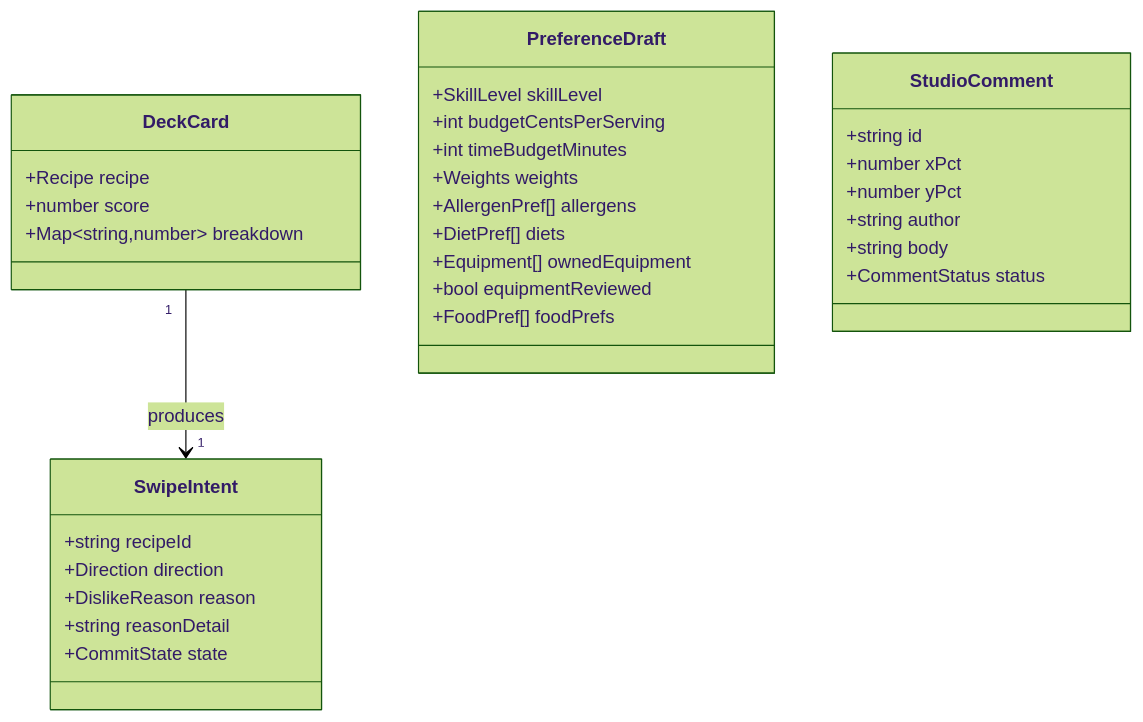
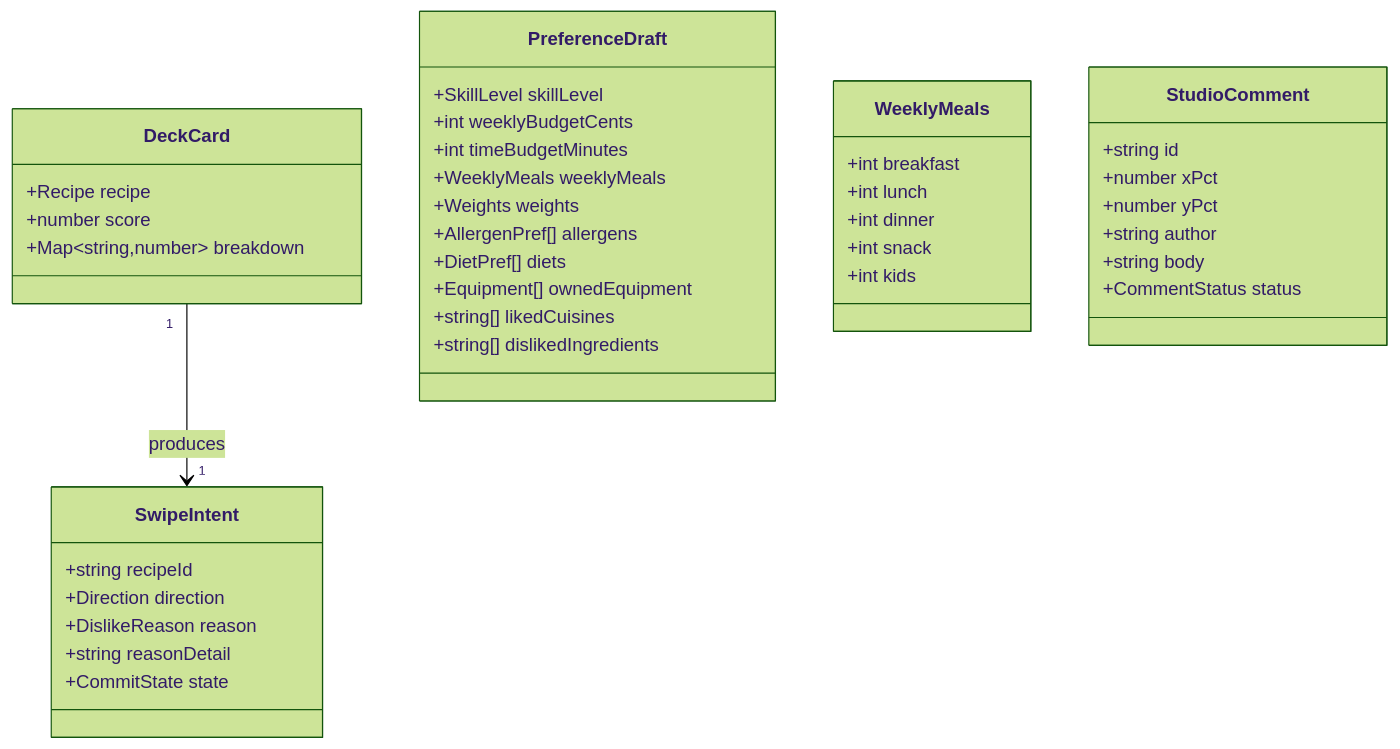
The fifth of 6 diagrams in docs/swipe-ui/DESIGN.md (jordangaston/harvest), drawn with Mermaid (forest theme) before and after one commit. The commit also changed other lines of this file and 1 other file, not shown here.

First line of the commit message:
docs(swipe-ui): sync design to the built state (Save action, weekly budget, meal counts, weights removed)

```diff
--- a/docs/swipe-ui/DESIGN.md
+++ b/docs/swipe-ui/DESIGN.md
@@ -252,35 +259,43 @@
 ~~~mermaid
 classDiagram
     class DeckCard {
         +Recipe recipe
         +number score
         +Map~string,number~ breakdown
     }
     class SwipeIntent {
         +string recipeId
         +Direction direction
         +DislikeReason reason
         +string reasonDetail
         +CommitState state
     }
     class PreferenceDraft {
         +SkillLevel skillLevel
-        +int budgetCentsPerServing
+        +int weeklyBudgetCents
         +int timeBudgetMinutes
+        +WeeklyMeals weeklyMeals
         +Weights weights
         +AllergenPref[] allergens
         +DietPref[] diets
         +Equipment[] ownedEquipment
-        +bool equipmentReviewed
-        +FoodPref[] foodPrefs
+        +string[] likedCuisines
+        +string[] dislikedIngredients
+    }
+    class WeeklyMeals {
+        +int breakfast
+        +int lunch
+        +int dinner
+        +int snack
+        +int kids
     }
     class StudioComment {
         +string id
         +number xPct
         +number yPct
         +string author
         +string body
         +CommentStatus status
     }
     DeckCard "1" --> "1" SwipeIntent : produces
 ~~~
```
